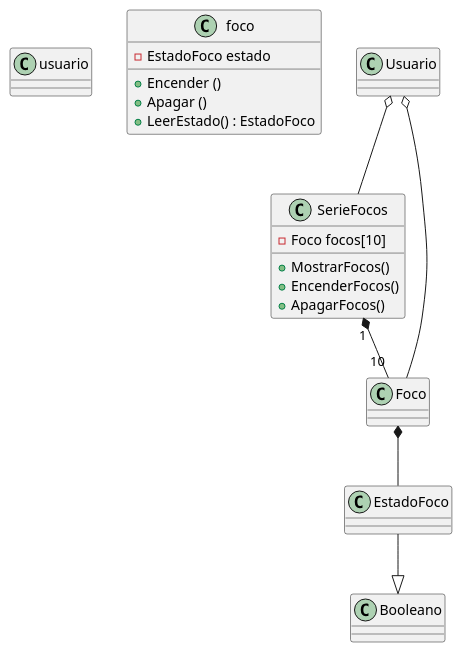
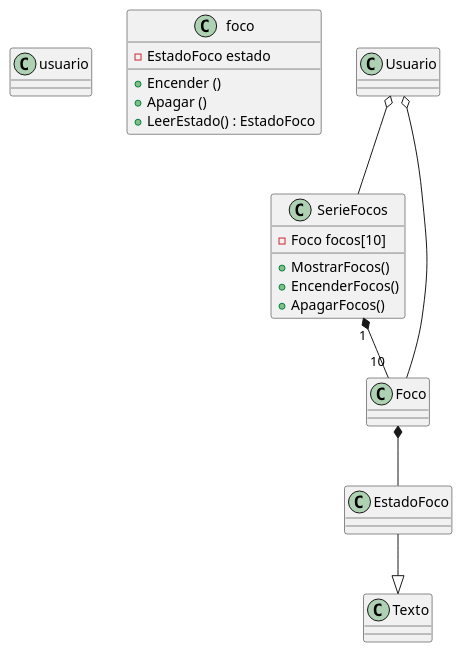
The diagram in docs/foco.puml (sofirdzzz/3E261-SegundoParcial), drawn with PlantUML before and after one commit. The commit also changed 3 other files, not shown here.

```diff
--- a/docs/foco.puml
+++ b/docs/foco.puml
@@ -1,25 +1,25 @@
 @startuml foco
 class usuario
 class foco {
     -EstadoFoco estado 
     + Encender ()
     + Apagar ()
     +LeerEstado() : EstadoFoco
 
 }
  
  class EstadoFoco
  class SerieFocos{
     -Foco focos[10]
     +MostrarFocos()
     +EncenderFocos()
     +ApagarFocos()
  }
 Usuario o-- Foco 
 Foco *--EstadoFoco
-EstadoFoco --|>Booleano
+EstadoFoco --|>Texto
 SerieFocos "1" *-- "10" Foco
 Usuario o-- SerieFocos
 
  
  @enduml
```
